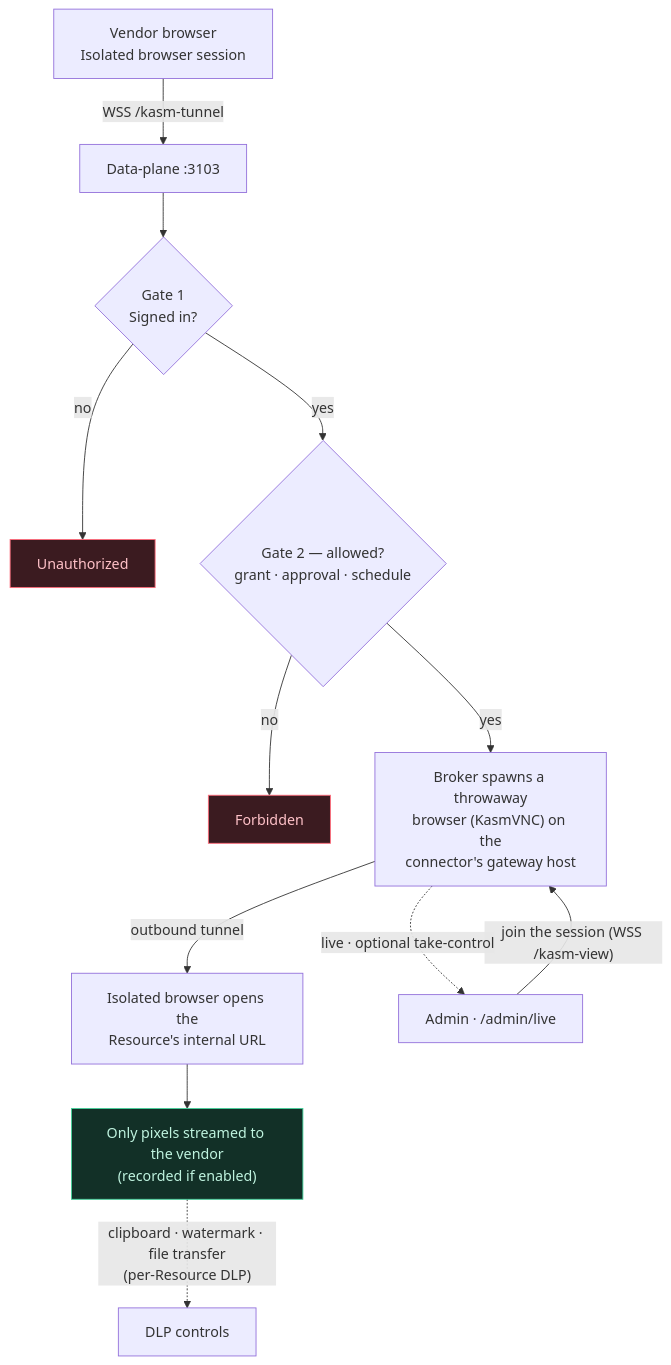
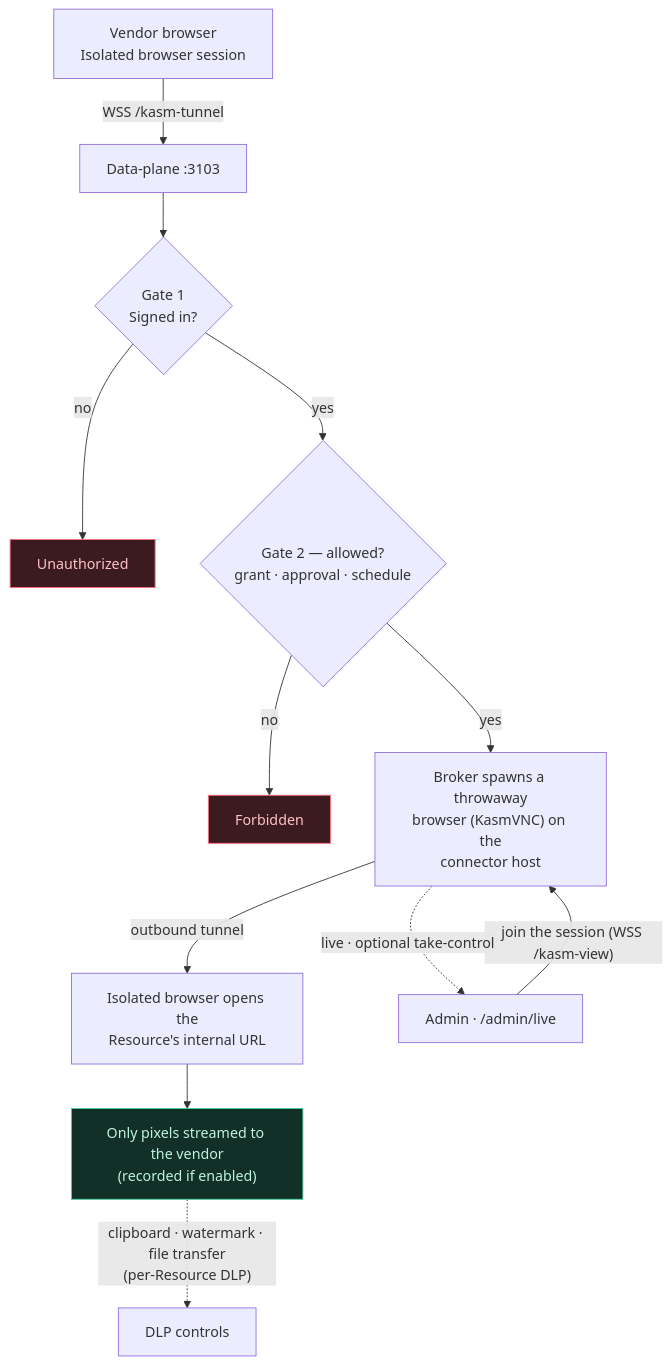
The third of 3 diagrams in docs/how-it-works.md (kurtserdar/captivo-access), drawn with Mermaid before and after one commit. The commit also changed other lines of this file and 6 other files, not shown here.

First line of the commit message:
docs: sweep all guides for stale gateway-host model + fix errors

````diff
--- a/docs/how-it-works.md
+++ b/docs/how-it-works.md
@@ -194,19 +195,19 @@
 ```mermaid
 flowchart TD
     A["Vendor browser<br/>Isolated browser session"] -->|"WSS /kasm-tunnel"| C["Data-plane :3103"]
     C --> G1{"Gate 1<br/>Signed in?"}
     G1 -->|no| L["Unauthorized"]
     G1 -->|yes| G2{"Gate 2 — allowed?<br/>grant · approval · schedule"}
     G2 -->|no| E403["Forbidden"]
-    G2 -->|yes| BR["Broker spawns a throwaway<br/>browser (KasmVNC) on the<br/>connector's gateway host"]
+    G2 -->|yes| BR["Broker spawns a throwaway<br/>browser (KasmVNC) on the<br/>connector host"]
     BR -->|outbound tunnel| APP["Isolated browser opens the<br/>Resource's internal URL"]
     APP --> PX["Only pixels streamed to the vendor<br/>(recorded if enabled)"]
     PX -.->|"clipboard · watermark · file transfer<br/>(per-Resource DLP)"| DLP["DLP controls"]
     ADM["Admin · /admin/live"] -->|"join the session (WSS /kasm-view)"| BR
     BR -.->|"live · optional take-control"| ADM
 
     classDef deny fill:#3b1b20,stroke:#ff6b7a,color:#ffc2c8;
     classDef ok fill:#123027,stroke:#42d19a,color:#bff3df;
     class L,E403 deny;
     class PX ok;
 ```
````
